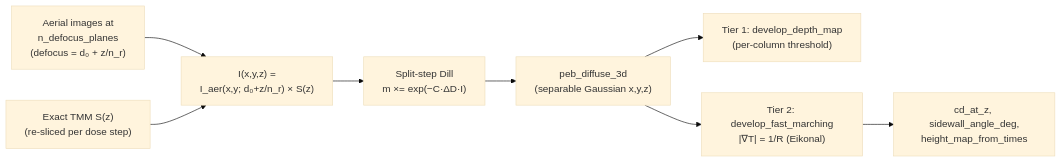
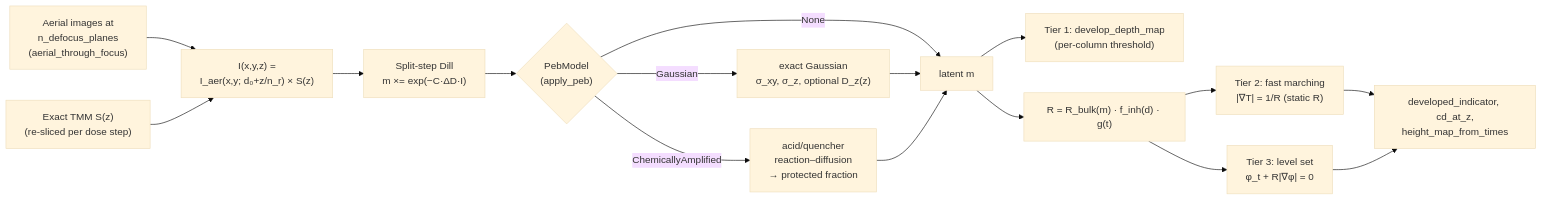
One commit to sonoransun/highuvlith changed the diagram in docs/processes/volumetric-exposure.md. Above: the diagram before and after it, drawn with Mermaid (base theme). The commit also changed other lines of this file and 496 other files, not shown here.

````diff
--- a/docs/processes/volumetric-exposure.md
+++ b/docs/processes/volumetric-exposure.md
@@ -19,10 +20,18 @@
 ```mermaid
 flowchart LR
-    AER["Aerial images at<br/>n_defocus_planes<br/>(defocus = d₀ + z/n_r)"] --> SEP["I(x,y,z) =<br/>I_aer(x,y; d₀+z/n_r) × S(z)"]
+    AER["Aerial images at<br/>n_defocus_planes<br/>(aerial_through_focus)"] --> SEP["I(x,y,z) =<br/>I_aer(x,y; d₀+z/n_r) × S(z)"]
     TMM["Exact TMM S(z)<br/>(re-sliced per dose step)"] --> SEP
     SEP --> DILL["Split-step Dill<br/>m ×= exp(−C·ΔD·I)"]
-    DILL --> PEB["peb_diffuse_3d<br/>(separable Gaussian x,y,z)"]
-    PEB --> T1["Tier 1: develop_depth_map<br/>(per-column threshold)"]
-    PEB --> T2["Tier 2: develop_fast_marching<br/>|∇T| = 1/R (Eikonal)"]
-    T2 --> MET["cd_at_z, sidewall_angle_deg,<br/>height_map_from_times"]
+    DILL --> PEB{"PebModel<br/>(apply_peb)"}
+    PEB -->|None| M["latent m"]
+    PEB -->|Gaussian| GA["exact Gaussian<br/>σ_xy, σ_z, optional D_z(z)"]
+    PEB -->|ChemicallyAmplified| CAR["acid/quencher<br/>reaction–diffusion<br/>→ protected fraction"]
+    GA --> M
+    CAR --> M
+    M --> T1["Tier 1: develop_depth_map<br/>(per-column threshold)"]
+    M --> RATE["R = R_bulk(m) · f_inh(d) · g(t)"]
+    RATE --> T2["Tier 2: fast marching<br/>|∇T| = 1/R (static R)"]
+    RATE --> T3["Tier 3: level set<br/>φ_t + R|∇φ| = 0"]
+    T2 --> MET["developed_indicator, cd_at_z,<br/>height_map_from_times"]
+    T3 --> MET
 ```
````
